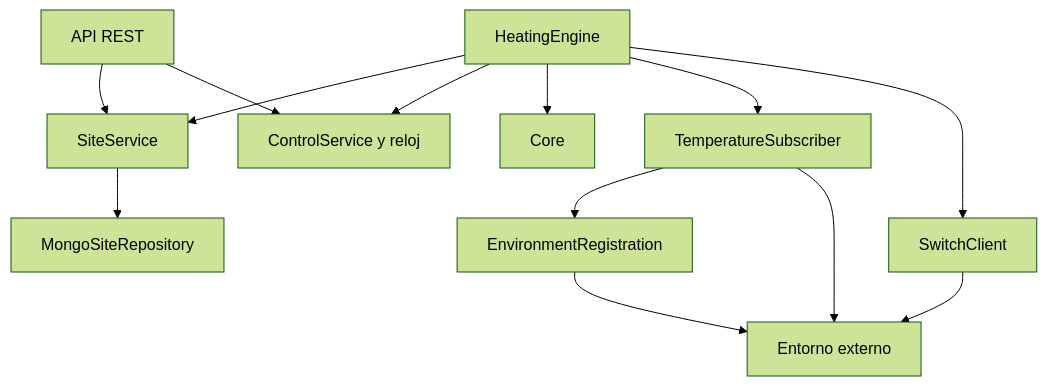
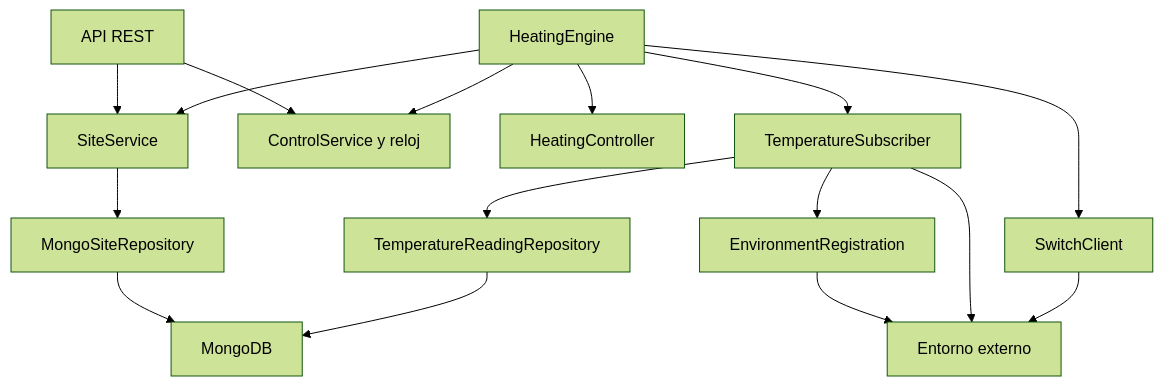
One commit to BreanCasas/iiss-2026-grupo-1 changed the first of 3 diagrams in docs/arquitectura/4mas1.md. Above: the diagram before and after it, drawn with Mermaid (forest theme). The commit also changed other lines of this file and 13 other files, not shown here.

````diff
--- a/docs/arquitectura/4mas1.md
+++ b/docs/arquitectura/4mas1.md
@@ -18,26 +16,18 @@
 ```mermaid
 flowchart TD
-    API["API REST"]
-    SITE["SiteService"]
-    CONTROL["ControlService y reloj"]
-    ENGINE["HeatingEngine"]
-    CORE["Core"]
-    MQTT["TemperatureSubscriber"]
-    SWITCH["SwitchClient"]
-    MONGO["MongoSiteRepository"]
-    REG["EnvironmentRegistration"]
-    ENV["Entorno externo"]
-
-    API --> SITE
-    API --> CONTROL
-    SITE --> MONGO
-    ENGINE --> SITE
+    API["API REST"] --> SITE["SiteService"]
+    API --> CONTROL["ControlService y reloj"]
+    SITE --> CONFIG["MongoSiteRepository"]
+    CONFIG --> DB["MongoDB"]
+    ENGINE["HeatingEngine"] --> SITE
     ENGINE --> CONTROL
-    ENGINE --> CORE
-    ENGINE --> MQTT
-    ENGINE --> SWITCH
-    MQTT --> REG
-    REG --> ENV
+    ENGINE --> CORE["HeatingController"]
+    ENGINE --> MQTT["TemperatureSubscriber"]
+    ENGINE --> SWITCH["SwitchClient"]
+    MQTT --> READINGS["TemperatureReadingRepository"]
+    READINGS --> DB
+    MQTT --> REG["EnvironmentRegistration"]
+    REG --> ENV["Entorno externo"]
     MQTT --> ENV
     SWITCH --> ENV
 ```
````
